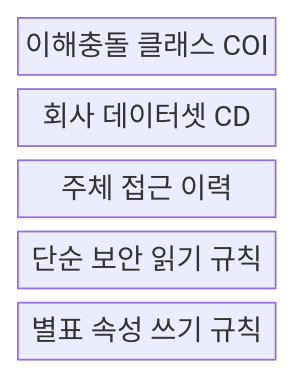
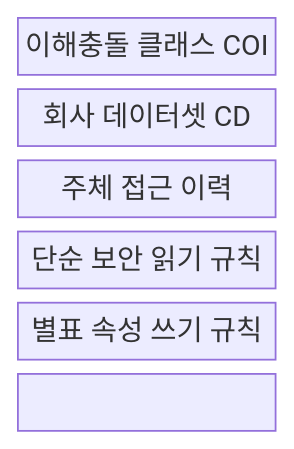
The first of 2 diagrams in src/content/docs/notes/05-security/138_brewer_nash_model.md (agnusdei1207/knowledge-base), drawn with Mermaid before and after one commit. The commit also changed other lines of this file and 151 other files, not shown here.

````diff
--- a/src/content/docs/notes/05-security/138_brewer_nash_model.md
+++ b/src/content/docs/notes/05-security/138_brewer_nash_model.md
@@ -56,9 +56,11 @@
 ```mermaid
 block-beta
   columns 1
   C["이해충돌 클래스 COI"]
   D["회사 데이터셋 CD"]
   H["주체 접근 이력"]
   R["단순 보안 읽기 규칙"]
   W["별표 속성 쓰기 규칙"]
+  C --- D --- H
+  H --- R --- W
 ```
````
